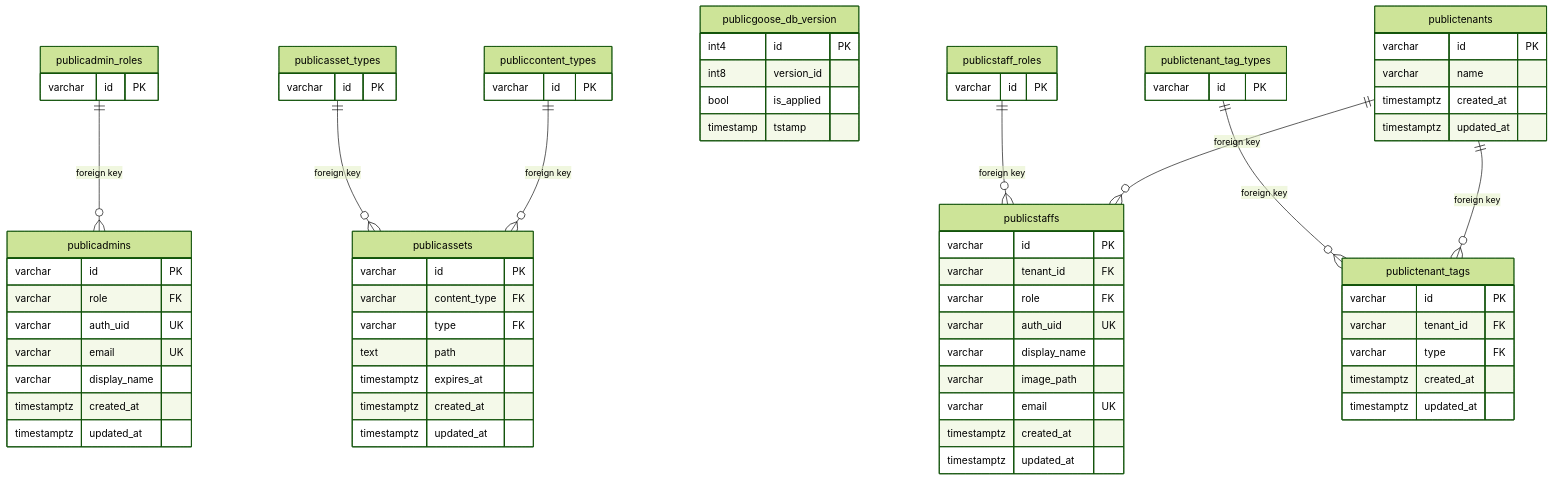
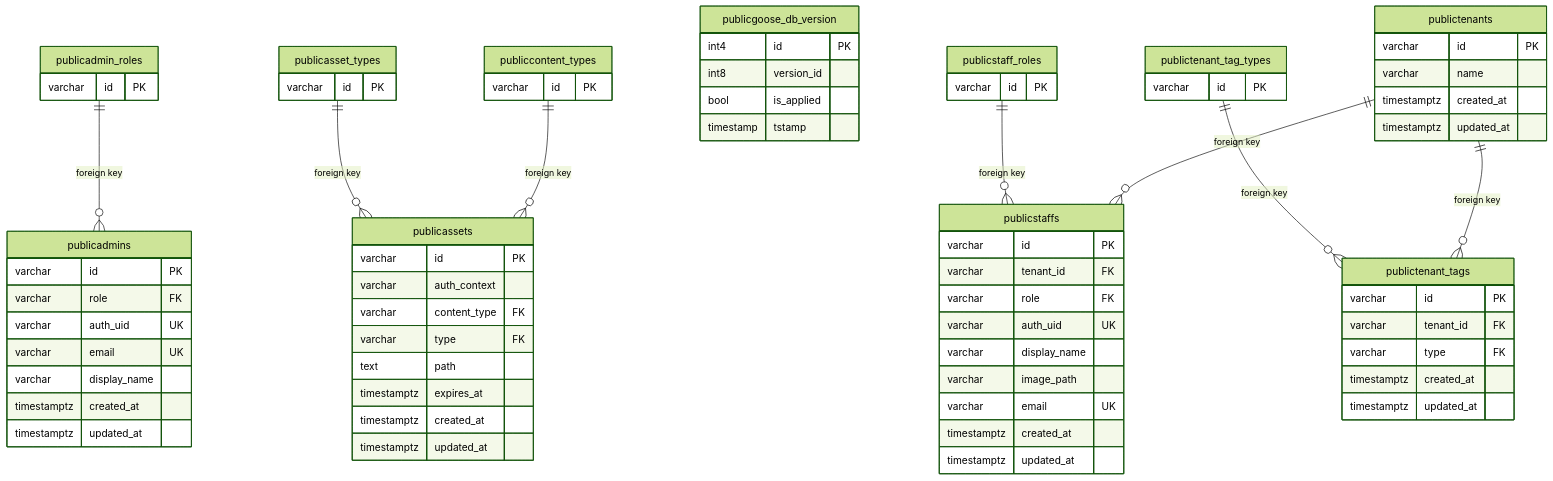
The diagram in db/postgresql/mermaid.mmd (abyssparanoia/rapid-go), drawn with Mermaid (forest theme) before and after one commit. The commit also changed 88 other files, not shown here.

Commit message:
feat: add auth context in asset

```diff
--- a/db/postgresql/mermaid.mmd
+++ b/db/postgresql/mermaid.mmd
@@ -1,83 +1,84 @@
 erDiagram
 
   publicadmin_roles {
     varchar id PK
   }
 
   publicasset_types {
     varchar id PK
   }
 
   publiccontent_types {
     varchar id PK
   }
 
   publicgoose_db_version {
     int4 id PK
     int8 version_id
     bool is_applied
     timestamp tstamp
   }
 
   publicstaff_roles {
     varchar id PK
   }
 
   publictenant_tag_types {
     varchar id PK
   }
 
   publictenants {
     varchar id PK
     varchar name
     timestamptz created_at
     timestamptz updated_at
   }
 
   publicadmins {
     varchar id PK
     varchar role FK
     varchar auth_uid UK
     varchar email UK
     varchar display_name
     timestamptz created_at
     timestamptz updated_at
   }
 
   publicassets {
     varchar id PK
+    varchar auth_context
     varchar content_type FK
     varchar type FK
     text path
     timestamptz expires_at
     timestamptz created_at
     timestamptz updated_at
   }
 
   publicstaffs {
     varchar id PK
     varchar tenant_id FK
     varchar role FK
     varchar auth_uid UK
     varchar display_name
     varchar image_path
     varchar email UK
     timestamptz created_at
     timestamptz updated_at
   }
 
   publictenant_tags {
     varchar id PK
     varchar tenant_id FK
     varchar type FK
     timestamptz created_at
     timestamptz updated_at
   }
 
   publicadmin_roles ||--o{ publicadmins : "foreign key"
   publicasset_types ||--o{ publicassets : "foreign key"
   publiccontent_types ||--o{ publicassets : "foreign key"
   publicstaff_roles ||--o{ publicstaffs : "foreign key"
   publictenant_tag_types ||--o{ publictenant_tags : "foreign key"
   publictenants ||--o{ publicstaffs : "foreign key"
   publictenants ||--o{ publictenant_tags : "foreign key"
```
